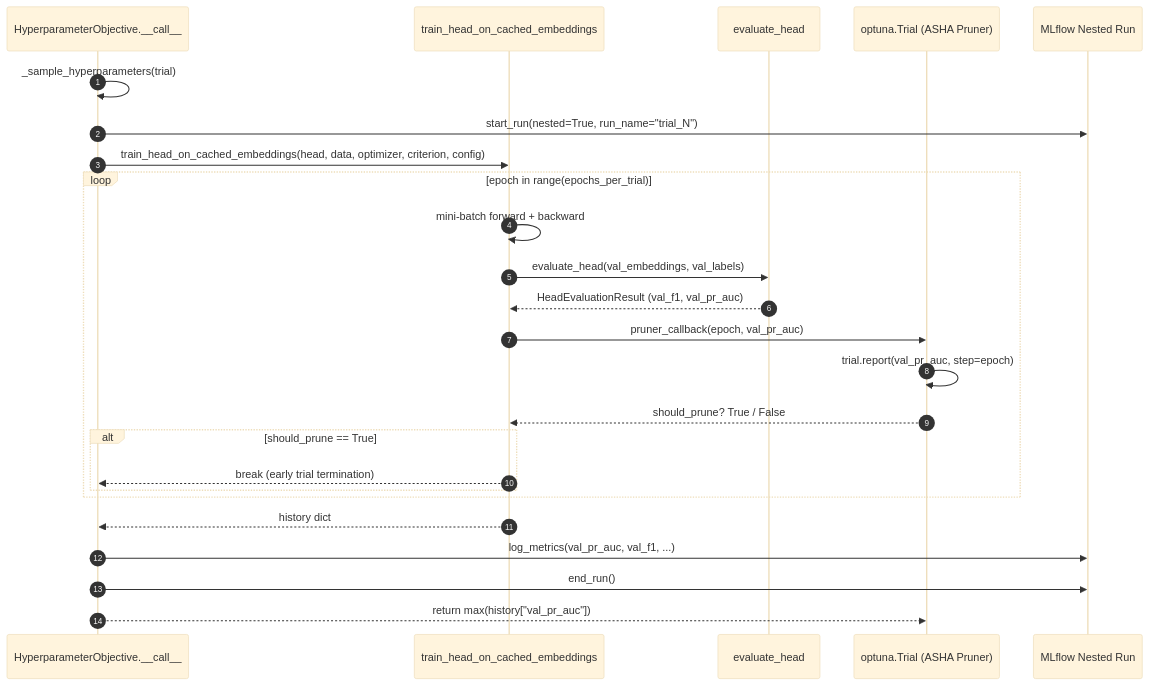
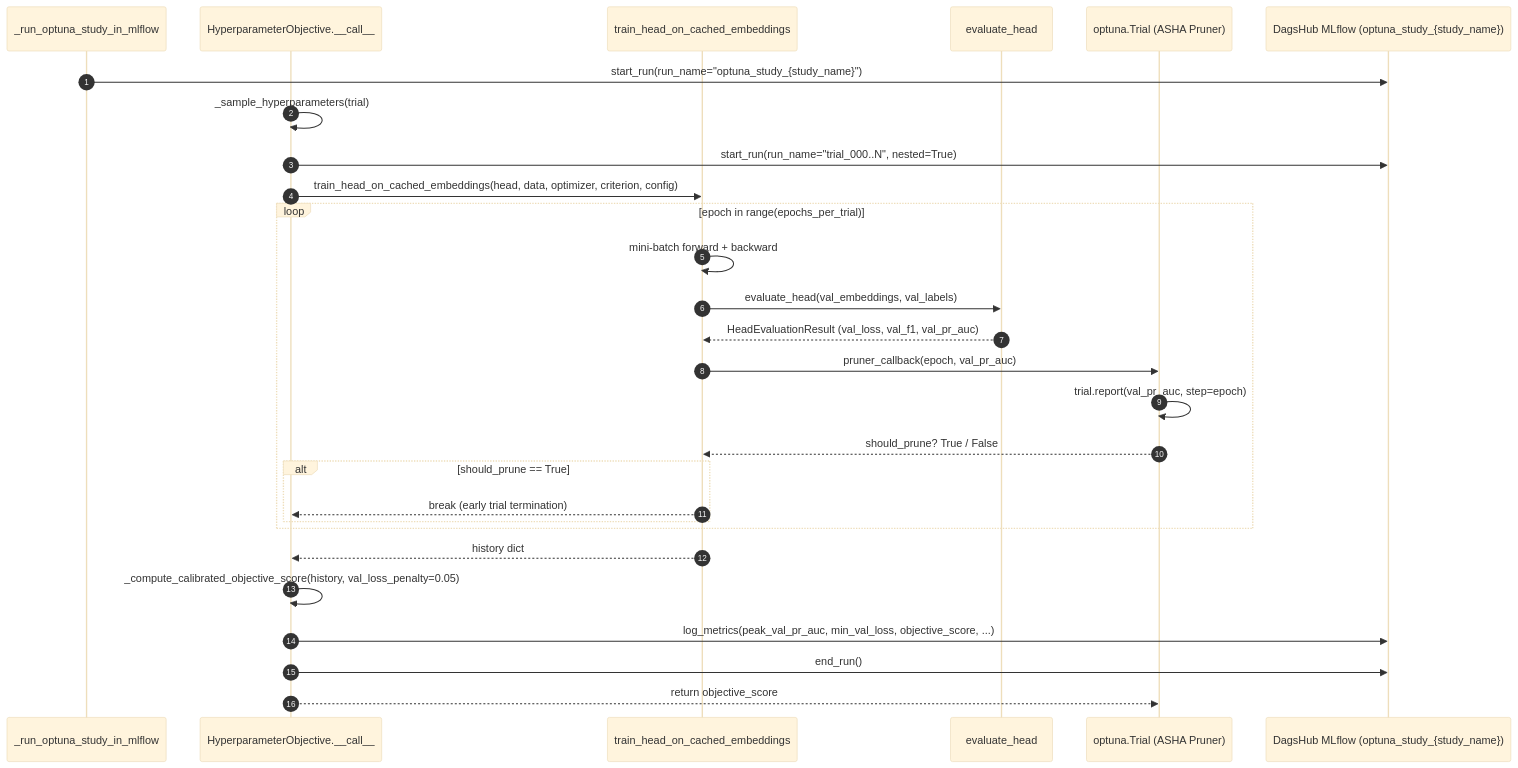
The second of 2 diagrams in docs/model_engineering/training_pipeline.md (foersben/taxon-vision-mlops), drawn with Mermaid (base theme) before and after one commit. The commit also changed other lines of this file and 19 other files, not shown here.

Commit message:
docs(zensical): synchronise DagsHub MLflow, Evidently 0.7, HPO bounds, and K3s operations

````diff
--- a/docs/model_engineering/training_pipeline.md
+++ b/docs/model_engineering/training_pipeline.md
@@ -152,30 +157,33 @@
 ```mermaid
 sequenceDiagram
     autonumber
+    participant Study as _run_optuna_study_in_mlflow
     participant Objective as HyperparameterObjective.__call__
     participant Emb as train_head_on_cached_embeddings
     participant Metrics as evaluate_head
     participant Optuna as optuna.Trial (ASHA Pruner)
-    participant MLflow as MLflow Nested Run
+    participant MLflow as DagsHub MLflow (optuna_study_{study_name})
 
+    Study->>MLflow: start_run(run_name="optuna_study_{study_name}")
     Objective->>Objective: _sample_hyperparameters(trial)
-    Objective->>MLflow: start_run(nested=True, run_name="trial_N")
+    Objective->>MLflow: start_run(run_name="trial_000..N", nested=True)
     Objective->>Emb: train_head_on_cached_embeddings(head, data, optimizer, criterion, config)
 
     loop epoch in range(epochs_per_trial)
         Emb->>Emb: mini-batch forward + backward
         Emb->>Metrics: evaluate_head(val_embeddings, val_labels)
-        Metrics-->>Emb: HeadEvaluationResult (val_f1, val_pr_auc)
+        Metrics-->>Emb: HeadEvaluationResult (val_loss, val_f1, val_pr_auc)
         Emb->>Optuna: pruner_callback(epoch, val_pr_auc)
         Optuna->>Optuna: trial.report(val_pr_auc, step=epoch)
         Optuna-->>Emb: should_prune? True / False
         alt should_prune == True
             Emb-->>Objective: break (early trial termination)
         end
     end
 
     Emb-->>Objective: history dict
-    Objective->>MLflow: log_metrics(val_pr_auc, val_f1, ...)
+    Objective->>Objective: _compute_calibrated_objective_score(history, val_loss_penalty=0.05)
+    Objective->>MLflow: log_metrics(peak_val_pr_auc, min_val_loss, objective_score, ...)
     Objective->>MLflow: end_run()
-    Objective-->>Optuna: return max(history["val_pr_auc"])
+    Objective-->>Optuna: return objective_score
 ```
````
